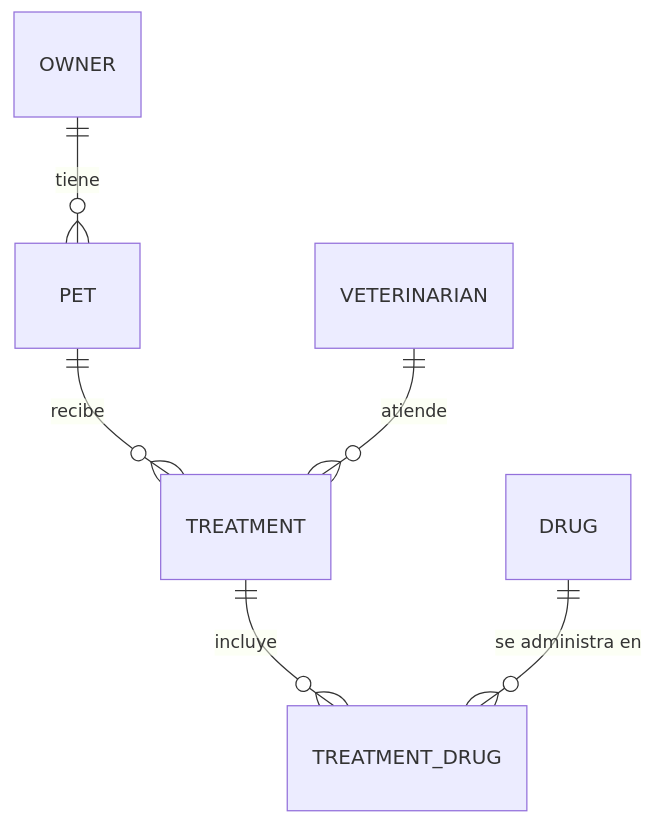
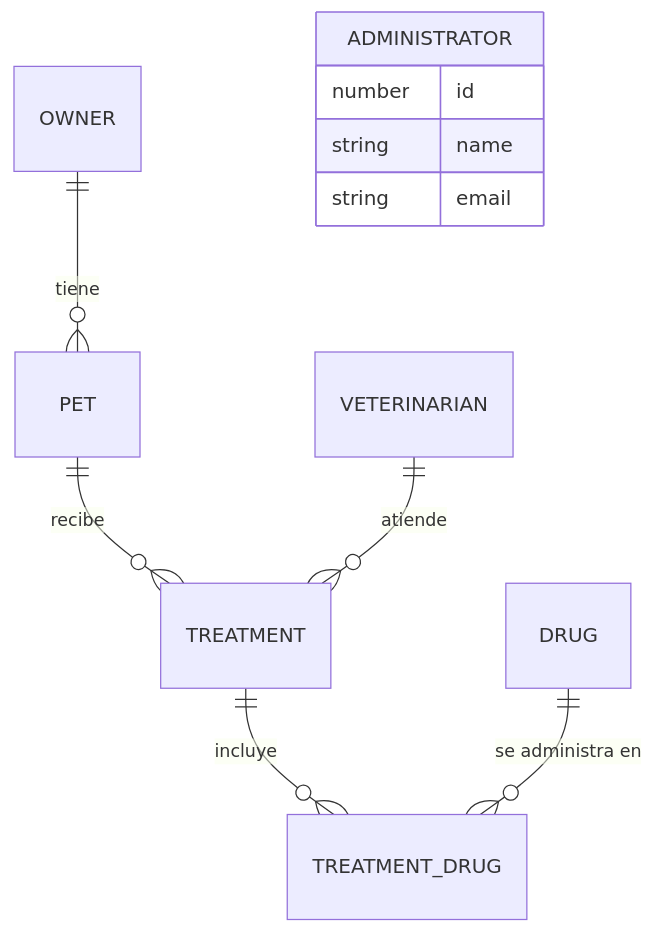
The diagram in docs/api/API.md (JoythDev/pethaven), drawn with Mermaid before and after one commit. The commit also changed other lines of this file and 1 other file, not shown here.

````diff
--- a/docs/api/API.md
+++ b/docs/api/API.md
@@ -218,8 +221,13 @@
 ```mermaid
 erDiagram
     OWNER ||--o{ PET : "tiene"
     PET ||--o{ TREATMENT : "recibe"
     VETERINARIAN ||--o{ TREATMENT : "atiende"
     TREATMENT ||--o{ TREATMENT_DRUG : "incluye"
     DRUG ||--o{ TREATMENT_DRUG : "se administra en"
+    ADMINISTRATOR {
+        number id
+        string name
+        string email
+    }
 ```
````
